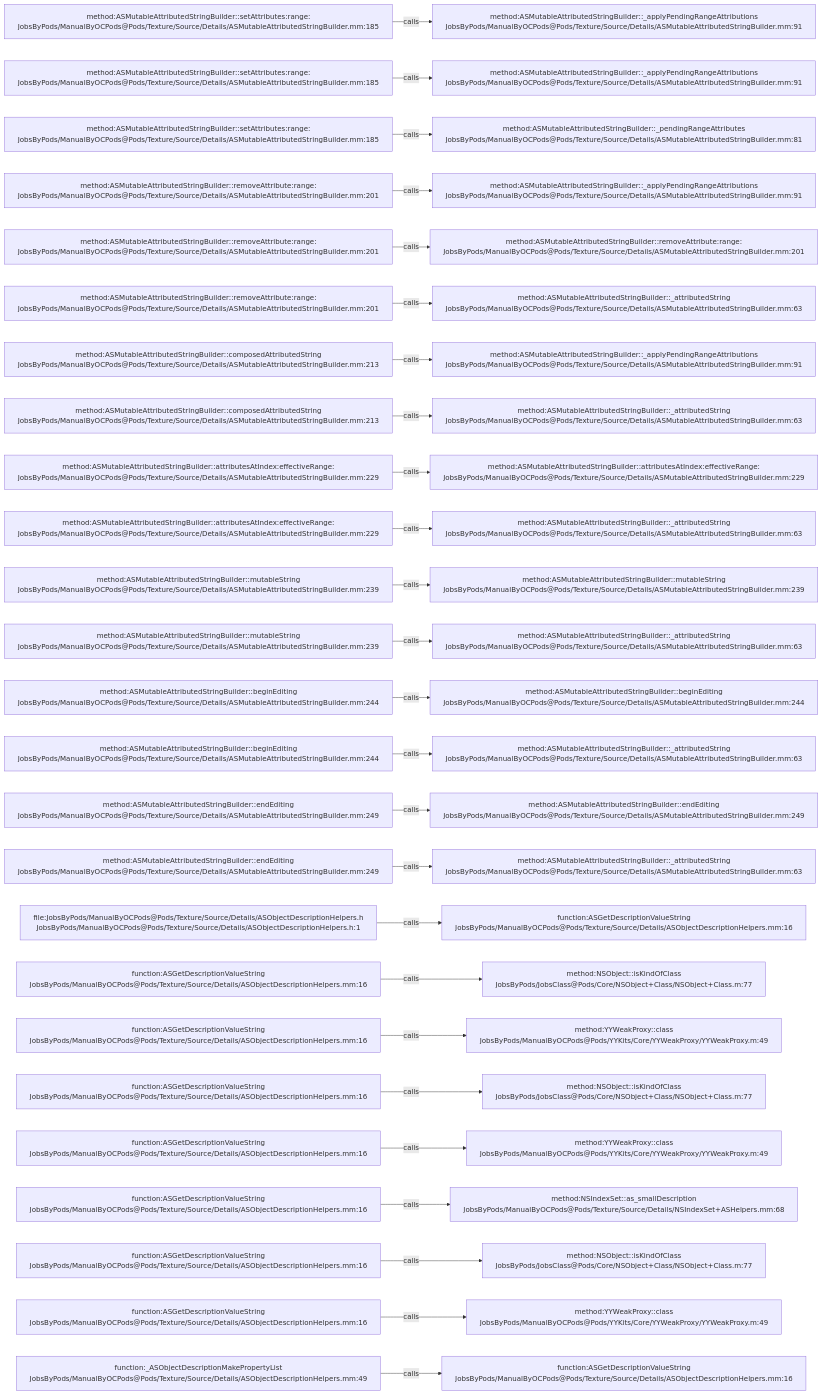
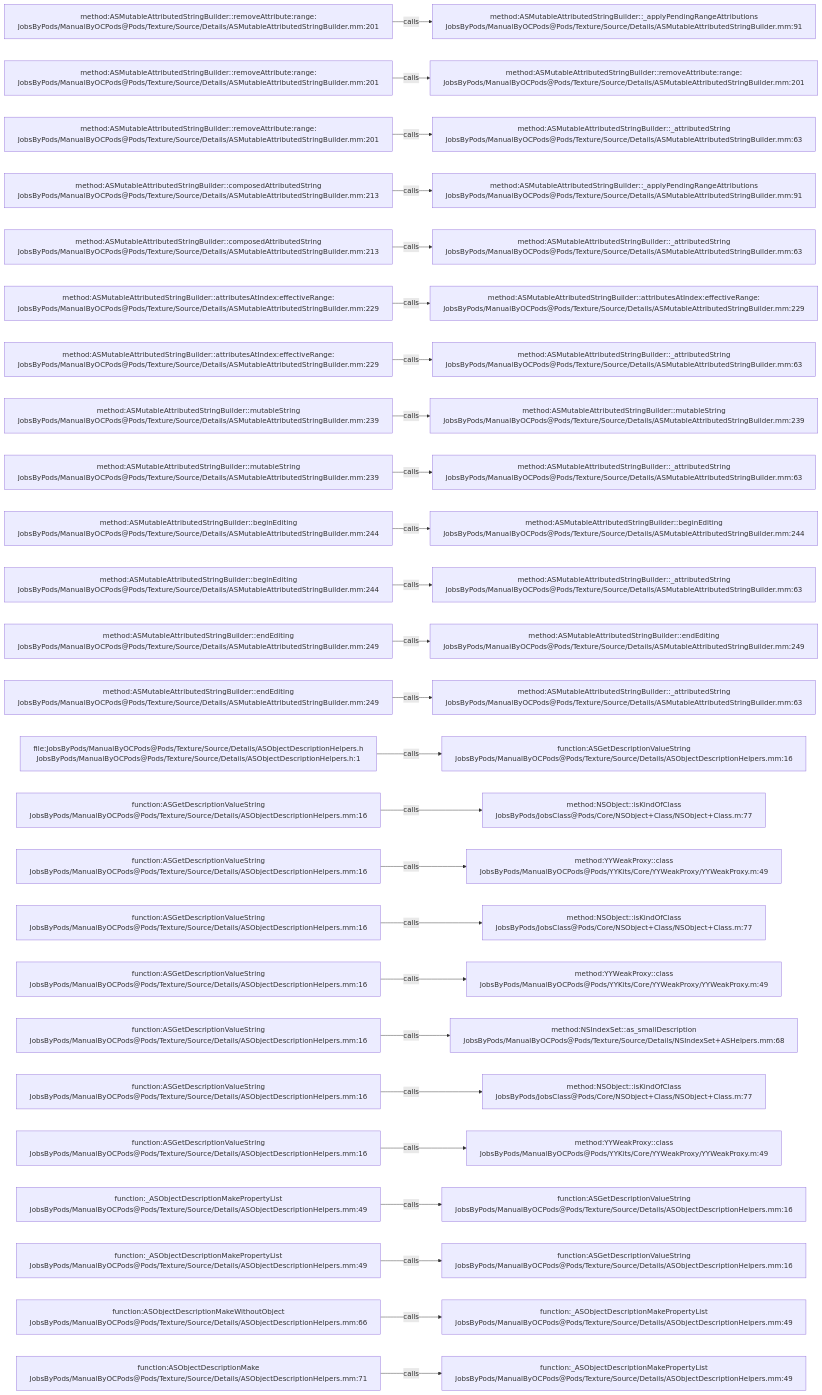
The diagram in .codegraph/codegraph.md/graphs/calls-162.md (JobsKits/JobsOCBaseConfigDemo), drawn with Mermaid before and after one commit. The commit also changed 342 other files, not shown here.

````diff
--- a/.codegraph/codegraph.md/graphs/calls-162.md
+++ b/.codegraph/codegraph.md/graphs/calls-162.md
@@ -13,78 +13,78 @@
 ```mermaid
 flowchart LR
-  S1["method:ASMutableAttributedStringBuilder::setAttributes:range:<br/>JobsByPods/ManualByOCPods@Pods/Texture/Source/Details/ASMutableAttributedStringBuilder.mm:185"]
+  S1["method:ASMutableAttributedStringBuilder::removeAttribute:range:<br/>JobsByPods/ManualByOCPods@Pods/Texture/Source/Details/ASMutableAttributedStringBuilder.mm:201"]
   T1["method:ASMutableAttributedStringBuilder::_applyPendingRangeAttributions<br/>JobsByPods/ManualByOCPods@Pods/Texture/Source/Details/ASMutableAttributedStringBuilder.mm:91"]
   S1 -->|calls| T1
-  S2["method:ASMutableAttributedStringBuilder::setAttributes:range:<br/>JobsByPods/ManualByOCPods@Pods/Texture/Source/Details/ASMutableAttributedStringBuilder.mm:185"]
-  T2["method:ASMutableAttributedStringBuilder::_applyPendingRangeAttributions<br/>JobsByPods/ManualByOCPods@Pods/Texture/Source/Details/ASMutableAttributedStringBuilder.mm:91"]
+  S2["method:ASMutableAttributedStringBuilder::removeAttribute:range:<br/>JobsByPods/ManualByOCPods@Pods/Texture/Source/Details/ASMutableAttributedStringBuilder.mm:201"]
+  T2["method:ASMutableAttributedStringBuilder::removeAttribute:range:<br/>JobsByPods/ManualByOCPods@Pods/Texture/Source/Details/ASMutableAttributedStringBuilder.mm:201"]
   S2 -->|calls| T2
-  S3["method:ASMutableAttributedStringBuilder::setAttributes:range:<br/>JobsByPods/ManualByOCPods@Pods/Texture/Source/Details/ASMutableAttributedStringBuilder.mm:185"]
-  T3["method:ASMutableAttributedStringBuilder::_pendingRangeAttributes<br/>JobsByPods/ManualByOCPods@Pods/Texture/Source/Details/ASMutableAttributedStringBuilder.mm:81"]
+  S3["method:ASMutableAttributedStringBuilder::removeAttribute:range:<br/>JobsByPods/ManualByOCPods@Pods/Texture/Source/Details/ASMutableAttributedStringBuilder.mm:201"]
+  T3["method:ASMutableAttributedStringBuilder::_attributedString<br/>JobsByPods/ManualByOCPods@Pods/Texture/Source/Details/ASMutableAttributedStringBuilder.mm:63"]
   S3 -->|calls| T3
-  S4["method:ASMutableAttributedStringBuilder::removeAttribute:range:<br/>JobsByPods/ManualByOCPods@Pods/Texture/Source/Details/ASMutableAttributedStringBuilder.mm:201"]
+  S4["method:ASMutableAttributedStringBuilder::composedAttributedString<br/>JobsByPods/ManualByOCPods@Pods/Texture/Source/Details/ASMutableAttributedStringBuilder.mm:213"]
   T4["method:ASMutableAttributedStringBuilder::_applyPendingRangeAttributions<br/>JobsByPods/ManualByOCPods@Pods/Texture/Source/Details/ASMutableAttributedStringBuilder.mm:91"]
   S4 -->|calls| T4
-  S5["method:ASMutableAttributedStringBuilder::removeAttribute:range:<br/>JobsByPods/ManualByOCPods@Pods/Texture/Source/Details/ASMutableAttributedStringBuilder.mm:201"]
-  T5["method:ASMutableAttributedStringBuilder::removeAttribute:range:<br/>JobsByPods/ManualByOCPods@Pods/Texture/Source/Details/ASMutableAttributedStringBuilder.mm:201"]
+  S5["method:ASMutableAttributedStringBuilder::composedAttributedString<br/>JobsByPods/ManualByOCPods@Pods/Texture/Source/Details/ASMutableAttributedStringBuilder.mm:213"]
+  T5["method:ASMutableAttributedStringBuilder::_attributedString<br/>JobsByPods/ManualByOCPods@Pods/Texture/Source/Details/ASMutableAttributedStringBuilder.mm:63"]
   S5 -->|calls| T5
-  S6["method:ASMutableAttributedStringBuilder::removeAttribute:range:<br/>JobsByPods/ManualByOCPods@Pods/Texture/Source/Details/ASMutableAttributedStringBuilder.mm:201"]
-  T6["method:ASMutableAttributedStringBuilder::_attributedString<br/>JobsByPods/ManualByOCPods@Pods/Texture/Source/Details/ASMutableAttributedStringBuilder.mm:63"]
+  S6["method:ASMutableAttributedStringBuilder::attributesAtIndex:effectiveRange:<br/>JobsByPods/ManualByOCPods@Pods/Texture/Source/Details/ASMutableAttributedStringBuilder.mm:229"]
+  T6["method:ASMutableAttributedStringBuilder::attributesAtIndex:effectiveRange:<br/>JobsByPods/ManualByOCPods@Pods/Texture/Source/Details/ASMutableAttributedStringBuilder.mm:229"]
   S6 -->|calls| T6
-  S7["method:ASMutableAttributedStringBuilder::composedAttributedString<br/>JobsByPods/ManualByOCPods@Pods/Texture/Source/Details/ASMutableAttributedStringBuilder.mm:213"]
-  T7["method:ASMutableAttributedStringBuilder::_applyPendingRangeAttributions<br/>JobsByPods/ManualByOCPods@Pods/Texture/Source/Details/ASMutableAttributedStringBuilder.mm:91"]
+  S7["method:ASMutableAttributedStringBuilder::attributesAtIndex:effectiveRange:<br/>JobsByPods/ManualByOCPods@Pods/Texture/Source/Details/ASMutableAttributedStringBuilder.mm:229"]
+  T7["method:ASMutableAttributedStringBuilder::_attributedString<br/>JobsByPods/ManualByOCPods@Pods/Texture/Source/Details/ASMutableAttributedStringBuilder.mm:63"]
   S7 -->|calls| T7
-  S8["method:ASMutableAttributedStringBuilder::composedAttributedString<br/>JobsByPods/ManualByOCPods@Pods/Texture/Source/Details/ASMutableAttributedStringBuilder.mm:213"]
-  T8["method:ASMutableAttributedStringBuilder::_attributedString<br/>JobsByPods/ManualByOCPods@Pods/Texture/Source/Details/ASMutableAttributedStringBuilder.mm:63"]
+  S8["method:ASMutableAttributedStringBuilder::mutableString<br/>JobsByPods/ManualByOCPods@Pods/Texture/Source/Details/ASMutableAttributedStringBuilder.mm:239"]
+  T8["method:ASMutableAttributedStringBuilder::mutableString<br/>JobsByPods/ManualByOCPods@Pods/Texture/Source/Details/ASMutableAttributedStringBuilder.mm:239"]
   S8 -->|calls| T8
-  S9["method:ASMutableAttributedStringBuilder::attributesAtIndex:effectiveRange:<br/>JobsByPods/ManualByOCPods@Pods/Texture/Source/Details/ASMutableAttributedStringBuilder.mm:229"]
-  T9["method:ASMutableAttributedStringBuilder::attributesAtIndex:effectiveRange:<br/>JobsByPods/ManualByOCPods@Pods/Texture/Source/Details/ASMutableAttributedStringBuilder.mm:229"]
+  S9["method:ASMutableAttributedStringBuilder::mutableString<br/>JobsByPods/ManualByOCPods@Pods/Texture/Source/Details/ASMutableAttributedStringBuilder.mm:239"]
+  T9["method:ASMutableAttributedStringBuilder::_attributedString<br/>JobsByPods/ManualByOCPods@Pods/Texture/Source/Details/ASMutableAttributedStringBuilder.mm:63"]
   S9 -->|calls| T9
-  S10["method:ASMutableAttributedStringBuilder::attributesAtIndex:effectiveRange:<br/>JobsByPods/ManualByOCPods@Pods/Texture/Source/Details/ASMutableAttributedStringBuilder.mm:229"]
-  T10["method:ASMutableAttributedStringBuilder::_attributedString<br/>JobsByPods/ManualByOCPods@Pods/Texture/Source/Details/ASMutableAttributedStringBuilder.mm:63"]
+  S10["method:ASMutableAttributedStringBuilder::beginEditing<br/>JobsByPods/ManualByOCPods@Pods/Texture/Source/Details/ASMutableAttributedStringBuilder.mm:244"]
+  T10["method:ASMutableAttributedStringBuilder::beginEditing<br/>JobsByPods/ManualByOCPods@Pods/Texture/Source/Details/ASMutableAttributedStringBuilder.mm:244"]
   S10 -->|calls| T10
-  S11["method:ASMutableAttributedStringBuilder::mutableString<br/>JobsByPods/ManualByOCPods@Pods/Texture/Source/Details/ASMutableAttributedStringBuilder.mm:239"]
-  T11["method:ASMutableAttributedStringBuilder::mutableString<br/>JobsByPods/ManualByOCPods@Pods/Texture/Source/Details/ASMutableAttributedStringBuilder.mm:239"]
+  S11["method:ASMutableAttributedStringBuilder::beginEditing<br/>JobsByPods/ManualByOCPods@Pods/Texture/Source/Details/ASMutableAttributedStringBuilder.mm:244"]
+  T11["method:ASMutableAttributedStringBuilder::_attributedString<br/>JobsByPods/ManualByOCPods@Pods/Texture/Source/Details/ASMutableAttributedStringBuilder.mm:63"]
   S11 -->|calls| T11
-  S12["method:ASMutableAttributedStringBuilder::mutableString<br/>JobsByPods/ManualByOCPods@Pods/Texture/Source/Details/ASMutableAttributedStringBuilder.mm:239"]
-  T12["method:ASMutableAttributedStringBuilder::_attributedString<br/>JobsByPods/ManualByOCPods@Pods/Texture/Source/Details/ASMutableAttributedStringBuilder.mm:63"]
+  S12["method:ASMutableAttributedStringBuilder::endEditing<br/>JobsByPods/ManualByOCPods@Pods/Texture/Source/Details/ASMutableAttributedStringBuilder.mm:249"]
+  T12["method:ASMutableAttributedStringBuilder::endEditing<br/>JobsByPods/ManualByOCPods@Pods/Texture/Source/Details/ASMutableAttributedStringBuilder.mm:249"]
   S12 -->|calls| T12
-  S13["method:ASMutableAttributedStringBuilder::beginEditing<br/>JobsByPods/ManualByOCPods@Pods/Texture/Source/Details/ASMutableAttributedStringBuilder.mm:244"]
-  T13["method:ASMutableAttributedStringBuilder::beginEditing<br/>JobsByPods/ManualByOCPods@Pods/Texture/Source/Details/ASMutableAttributedStringBuilder.mm:244"]
+  S13["method:ASMutableAttributedStringBuilder::endEditing<br/>JobsByPods/ManualByOCPods@Pods/Texture/Source/Details/ASMutableAttributedStringBuilder.mm:249"]
+  T13["method:ASMutableAttributedStringBuilder::_attributedString<br/>JobsByPods/ManualByOCPods@Pods/Texture/Source/Details/ASMutableAttributedStringBuilder.mm:63"]
   S13 -->|calls| T13
-  S14["method:ASMutableAttributedStringBuilder::beginEditing<br/>JobsByPods/ManualByOCPods@Pods/Texture/Source/Details/ASMutableAttributedStringBuilder.mm:244"]
-  T14["method:ASMutableAttributedStringBuilder::_attributedString<br/>JobsByPods/ManualByOCPods@Pods/Texture/Source/Details/ASMutableAttributedStringBuilder.mm:63"]
+  S14["file:JobsByPods/ManualByOCPods@Pods/Texture/Source/Details/ASObjectDescriptionHelpers.h<br/>JobsByPods/ManualByOCPods@Pods/Texture/Source/Details/ASObjectDescriptionHelpers.h:1"]
+  T14["function:ASGetDescriptionValueString<br/>JobsByPods/ManualByOCPods@Pods/Texture/Source/Details/ASObjectDescriptionHelpers.mm:16"]
   S14 -->|calls| T14
-  S15["method:ASMutableAttributedStringBuilder::endEditing<br/>JobsByPods/ManualByOCPods@Pods/Texture/Source/Details/ASMutableAttributedStringBuilder.mm:249"]
-  T15["method:ASMutableAttributedStringBuilder::endEditing<br/>JobsByPods/ManualByOCPods@Pods/Texture/Source/Details/ASMutableAttributedStringBuilder.mm:249"]
+  S15["function:ASGetDescriptionValueString<br/>JobsByPods/ManualByOCPods@Pods/Texture/Source/Details/ASObjectDescriptionHelpers.mm:16"]
+  T15["method:NSObject::isKindOfClass<br/>JobsByPods/JobsClass@Pods/Core/NSObject+Class/NSObject+Class.m:77"]
   S15 -->|calls| T15
-  S16["method:ASMutableAttributedStringBuilder::endEditing<br/>JobsByPods/ManualByOCPods@Pods/Texture/Source/Details/ASMutableAttributedStringBuilder.mm:249"]
-  T16["method:ASMutableAttributedStringBuilder::_attributedString<br/>JobsByPods/ManualByOCPods@Pods/Texture/Source/Details/ASMutableAttributedStringBuilder.mm:63"]
+  S16["function:ASGetDescriptionValueString<br/>JobsByPods/ManualByOCPods@Pods/Texture/Source/Details/ASObjectDescriptionHelpers.mm:16"]
+  T16["method:YYWeakProxy::class<br/>JobsByPods/ManualByOCPods@Pods/YYKits/Core/YYWeakProxy/YYWeakProxy.m:49"]
   S16 -->|calls| T16
-  S17["file:JobsByPods/ManualByOCPods@Pods/Texture/Source/Details/ASObjectDescriptionHelpers.h<br/>JobsByPods/ManualByOCPods@Pods/Texture/Source/Details/ASObjectDescriptionHelpers.h:1"]
-  T17["function:ASGetDescriptionValueString<br/>JobsByPods/ManualByOCPods@Pods/Texture/Source/Details/ASObjectDescriptionHelpers.mm:16"]
+  S17["function:ASGetDescriptionValueString<br/>JobsByPods/ManualByOCPods@Pods/Texture/Source/Details/ASObjectDescriptionHelpers.mm:16"]
+  T17["method:NSObject::isKindOfClass<br/>JobsByPods/JobsClass@Pods/Core/NSObject+Class/NSObject+Class.m:77"]
   S17 -->|calls| T17
   S18["function:ASGetDescriptionValueString<br/>JobsByPods/ManualByOCPods@Pods/Texture/Source/Details/ASObjectDescriptionHelpers.mm:16"]
-  T18["method:NSObject::isKindOfClass<br/>JobsByPods/JobsClass@Pods/Core/NSObject+Class/NSObject+Class.m:77"]
+  T18["method:YYWeakProxy::class<br/>JobsByPods/ManualByOCPods@Pods/YYKits/Core/YYWeakProxy/YYWeakProxy.m:49"]
   S18 -->|calls| T18
   S19["function:ASGetDescriptionValueString<br/>JobsByPods/ManualByOCPods@Pods/Texture/Source/Details/ASObjectDescriptionHelpers.mm:16"]
-  T19["method:YYWeakProxy::class<br/>JobsByPods/ManualByOCPods@Pods/YYKits/Core/YYWeakProxy/YYWeakProxy.m:49"]
+  T19["method:NSIndexSet::as_smallDescription<br/>JobsByPods/ManualByOCPods@Pods/Texture/Source/Details/NSIndexSet+ASHelpers.mm:68"]
   S19 -->|calls| T19
   S20["function:ASGetDescriptionValueString<br/>JobsByPods/ManualByOCPods@Pods/Texture/Source/Details/ASObjectDescriptionHelpers.mm:16"]
   T20["method:NSObject::isKindOfClass<br/>JobsByPods/JobsClass@Pods/Core/NSObject+Class/NSObject+Class.m:77"]
   S20 -->|calls| T20
   S21["function:ASGetDescriptionValueString<br/>JobsByPods/ManualByOCPods@Pods/Texture/Source/Details/ASObjectDescriptionHelpers.mm:16"]
   T21["method:YYWeakProxy::class<br/>JobsByPods/ManualByOCPods@Pods/YYKits/Core/YYWeakProxy/YYWeakProxy.m:49"]
   S21 -->|calls| T21
-  S22["function:ASGetDescriptionValueString<br/>JobsByPods/ManualByOCPods@Pods/Texture/Source/Details/ASObjectDescriptionHelpers.mm:16"]
-  T22["method:NSIndexSet::as_smallDescription<br/>JobsByPods/ManualByOCPods@Pods/Texture/Source/Details/NSIndexSet+ASHelpers.mm:68"]
+  S22["function:_ASObjectDescriptionMakePropertyList<br/>JobsByPods/ManualByOCPods@Pods/Texture/Source/Details/ASObjectDescriptionHelpers.mm:49"]
+  T22["function:ASGetDescriptionValueString<br/>JobsByPods/ManualByOCPods@Pods/Texture/Source/Details/ASObjectDescriptionHelpers.mm:16"]
   S22 -->|calls| T22
-  S23["function:ASGetDescriptionValueString<br/>JobsByPods/ManualByOCPods@Pods/Texture/Source/Details/ASObjectDescriptionHelpers.mm:16"]
-  T23["method:NSObject::isKindOfClass<br/>JobsByPods/JobsClass@Pods/Core/NSObject+Class/NSObject+Class.m:77"]
+  S23["function:_ASObjectDescriptionMakePropertyList<br/>JobsByPods/ManualByOCPods@Pods/Texture/Source/Details/ASObjectDescriptionHelpers.mm:49"]
+  T23["function:ASGetDescriptionValueString<br/>JobsByPods/ManualByOCPods@Pods/Texture/Source/Details/ASObjectDescriptionHelpers.mm:16"]
   S23 -->|calls| T23
-  S24["function:ASGetDescriptionValueString<br/>JobsByPods/ManualByOCPods@Pods/Texture/Source/Details/ASObjectDescriptionHelpers.mm:16"]
-  T24["method:YYWeakProxy::class<br/>JobsByPods/ManualByOCPods@Pods/YYKits/Core/YYWeakProxy/YYWeakProxy.m:49"]
+  S24["function:ASObjectDescriptionMakeWithoutObject<br/>JobsByPods/ManualByOCPods@Pods/Texture/Source/Details/ASObjectDescriptionHelpers.mm:66"]
+  T24["function:_ASObjectDescriptionMakePropertyList<br/>JobsByPods/ManualByOCPods@Pods/Texture/Source/Details/ASObjectDescriptionHelpers.mm:49"]
   S24 -->|calls| T24
-  S25["function:_ASObjectDescriptionMakePropertyList<br/>JobsByPods/ManualByOCPods@Pods/Texture/Source/Details/ASObjectDescriptionHelpers.mm:49"]
-  T25["function:ASGetDescriptionValueString<br/>JobsByPods/ManualByOCPods@Pods/Texture/Source/Details/ASObjectDescriptionHelpers.mm:16"]
+  S25["function:ASObjectDescriptionMake<br/>JobsByPods/ManualByOCPods@Pods/Texture/Source/Details/ASObjectDescriptionHelpers.mm:71"]
+  T25["function:_ASObjectDescriptionMakePropertyList<br/>JobsByPods/ManualByOCPods@Pods/Texture/Source/Details/ASObjectDescriptionHelpers.mm:49"]
   S25 -->|calls| T25
 ```
````
